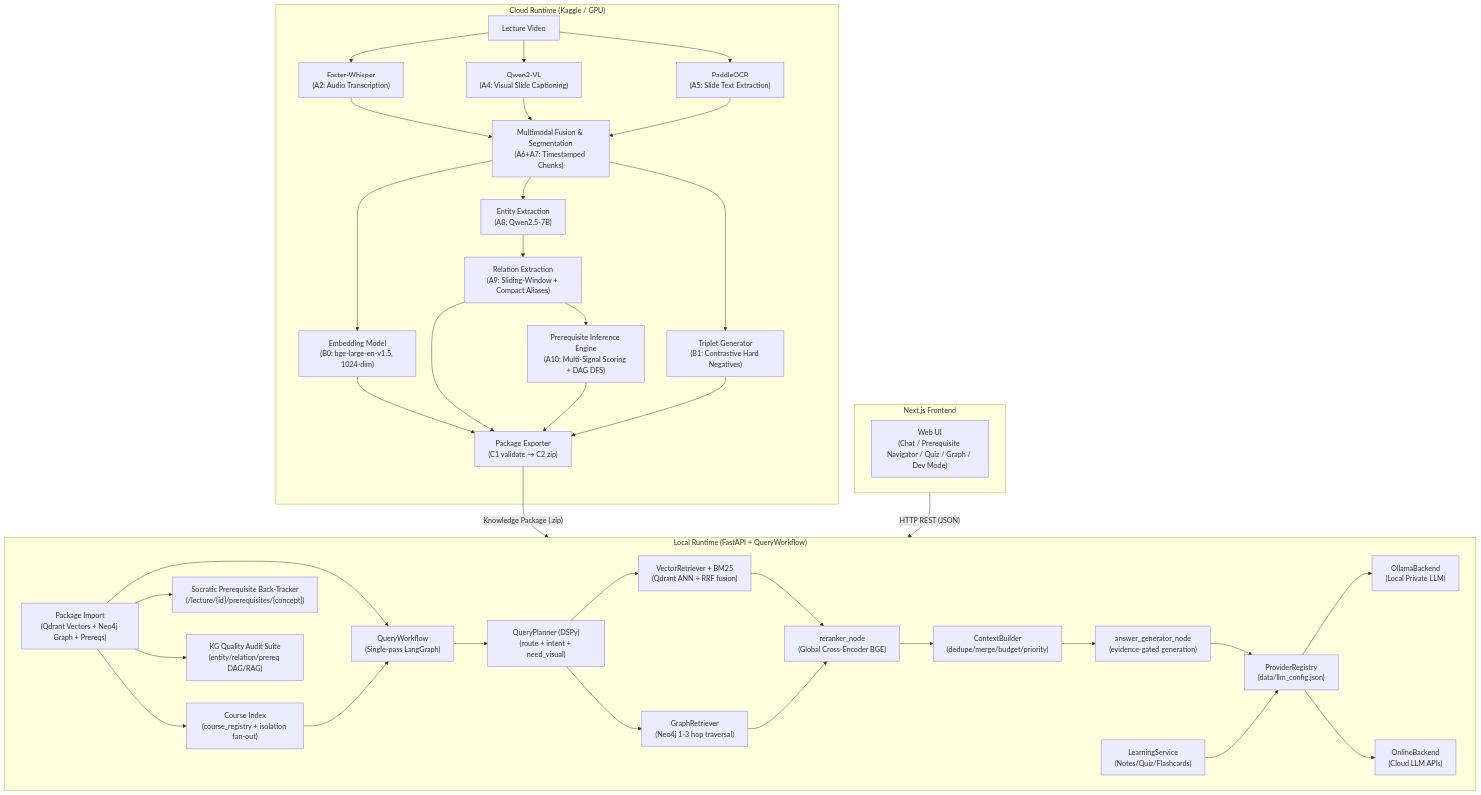
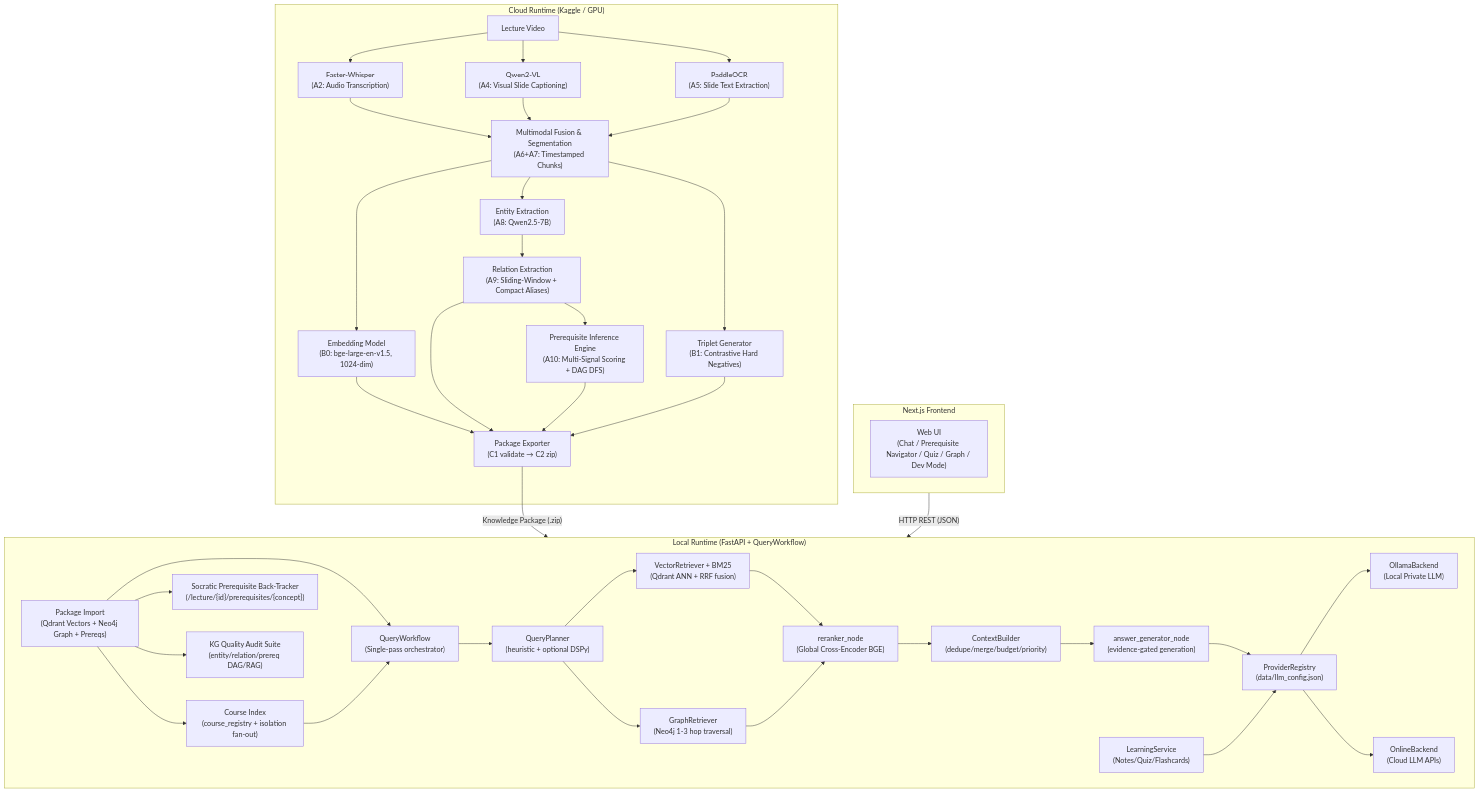
Before and after one commit to surjit10/LectureMIND.: the first of 2 diagrams in README.md, drawn with Mermaid. The commit also changed 1 other file, not shown here.

Commit message:
docs: clarify reranker evaluation metrics and architecture labels

````diff
--- a/README.md
+++ b/README.md
@@ -61,56 +61,56 @@
 ```mermaid
 graph TD
     subgraph Cloud[" Cloud Runtime (Kaggle / GPU)"]
         Video[" Lecture Video"]
         Whisper["Faster-Whisper\n(A2: Audio Transcription)"]
         VLM["Qwen2-VL\n(A4: Visual Slide Captioning)"]
         OCR["PaddleOCR\n(A5: Slide Text Extraction)"]
         Chunker["Multimodal Fusion & Segmentation\n(A6+A7: Timestamped Chunks)"]
         EntityExt["Entity Extraction\n(A8: Qwen2.5-7B)"]
         RelExt["Relation Extraction\n(A9: Sliding-Window + Compact Aliases)"]
         PrereqInf["Prerequisite Inference Engine\n(A10: Multi-Signal Scoring + DAG DFS)"]
         Embedder["Embedding Model\n(B0: bge-large-en-v1.5, 1024-dim)"]
         TripletGen["Triplet Generator\n(B1: Contrastive Hard Negatives)"]
         Exporter["Package Exporter\n(C1 validate → C2 zip)"]
 
         Video --> Whisper & VLM & OCR
         Whisper & VLM & OCR --> Chunker
         Chunker --> EntityExt --> RelExt --> PrereqInf
         Chunker --> Embedder & TripletGen
         Embedder & RelExt & PrereqInf & TripletGen --> Exporter
     end
 
     Exporter -->|"Knowledge Package (.zip)"| LocalServer
 
     subgraph LocalServer[" Local Runtime (FastAPI + QueryWorkflow)"]
         Import["Package Import\n(Qdrant Vectors + Neo4j Graph + Prereqs)"]
         Course["Course Index\n(course_registry + isolation fan-out)"]
-        QueryWorkflow["QueryWorkflow\n(Single-pass LangGraph)"]
-        Planner["QueryPlanner (DSPy)\n(route + intent + need_visual)"]
+        QueryWorkflow["QueryWorkflow\n(Single-pass orchestrator)"]
+        Planner["QueryPlanner\n(heuristic + optional DSPy)"]
         VecRet["VectorRetriever + BM25\n(Qdrant ANN + RRF fusion)"]
         GraphRet["GraphRetriever\n(Neo4j 1-3 hop traversal)"]
         PrereqTracker["Socratic Prerequisite Back-Tracker\n(/lecture/{id}/prerequisites/{concept})"]
         Rerank["reranker_node\n(Global Cross-Encoder BGE)"]
         Ctx["ContextBuilder\n(dedupe/merge/budget/priority)"]
         Gen["answer_generator_node\n(evidence-gated generation)"]
         ProvReg["ProviderRegistry\n(data/llm_config.json)"]
         Ollama["OllamaBackend\n(Local Private LLM)"]
         Online["OnlineBackend\n(Cloud LLM APIs)"]
         Learning["LearningService\n(Notes/Quiz/Flashcards)"]
         KGAudit["KG Quality Audit Suite\n(entity/relation/prereq DAG/RAG)"]
 
         Import --> QueryWorkflow & Course & PrereqTracker
         Course --> QueryWorkflow
         QueryWorkflow --> Planner --> VecRet & GraphRet
         VecRet & GraphRet --> Rerank --> Ctx --> Gen
         Gen --> ProvReg --> Ollama & Online
         Learning --> ProvReg
         Import --> KGAudit
     end
 
     subgraph Frontend[" Next.js Frontend"]
         UI["Web UI\n(Chat / Prerequisite Navigator / Quiz / Graph / Dev Mode)"]
     end
 
     Frontend -->|"HTTP REST (JSON)"| LocalServer
 ```
````
